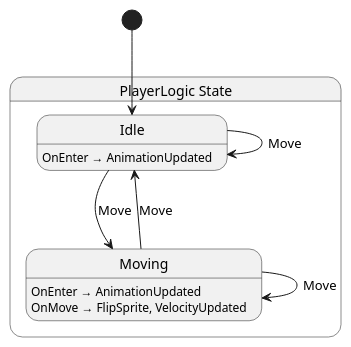
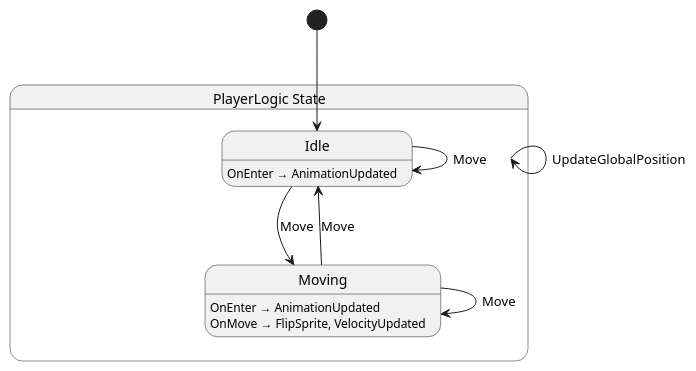
One commit to nilsiker/godot-wild-jam-77 changed the diagram in src/player/Player.g.puml. Above: the diagram before and after it, drawn with PlantUML. The commit also changed 23 other files, not shown here.

```diff
--- a/src/player/Player.g.puml
+++ b/src/player/Player.g.puml
@@ -1,17 +1,18 @@
 @startuml PlayerLogic
 state "PlayerLogic State" as Nevergreen_PlayerLogic_State {
   state "Idle" as Nevergreen_PlayerLogic_State_Idle
   state "Moving" as Nevergreen_PlayerLogic_State_Moving
 }
 
+Nevergreen_PlayerLogic_State --> Nevergreen_PlayerLogic_State : UpdateGlobalPosition
 Nevergreen_PlayerLogic_State_Idle --> Nevergreen_PlayerLogic_State_Idle : Move
 Nevergreen_PlayerLogic_State_Idle --> Nevergreen_PlayerLogic_State_Moving : Move
 Nevergreen_PlayerLogic_State_Moving --> Nevergreen_PlayerLogic_State_Idle : Move
 Nevergreen_PlayerLogic_State_Moving --> Nevergreen_PlayerLogic_State_Moving : Move
 
 Nevergreen_PlayerLogic_State_Idle : OnEnter → AnimationUpdated
 Nevergreen_PlayerLogic_State_Moving : OnEnter → AnimationUpdated
 Nevergreen_PlayerLogic_State_Moving : OnMove → FlipSprite, VelocityUpdated
 
 [*] --> Nevergreen_PlayerLogic_State_Idle
 @enduml
```
